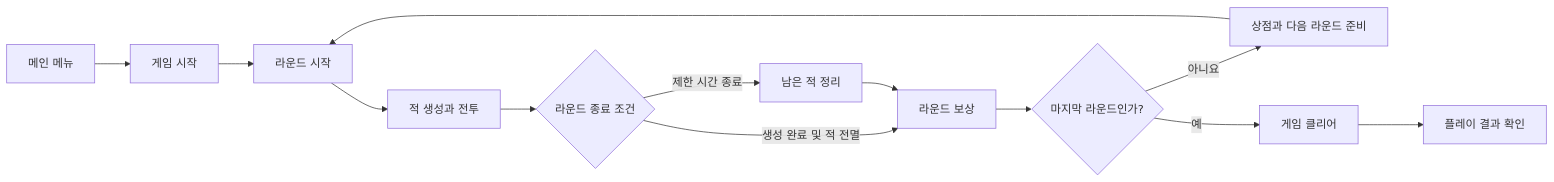
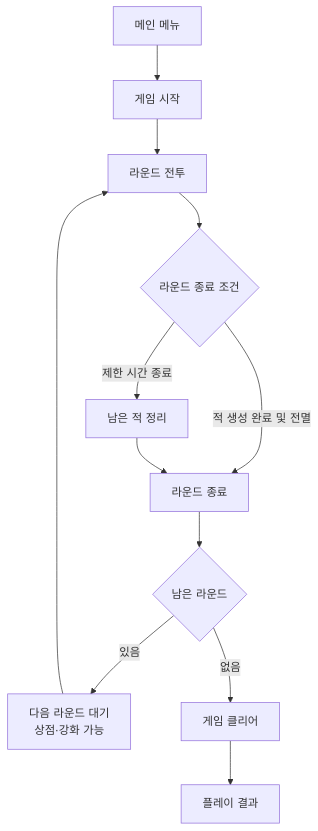
The first of 2 diagrams in README.md (Devel-Rocket-ClassRoom/minigame-project-jeri2779), drawn with Mermaid before and after one commit. The commit also changed other lines of this file and 9 other files, not shown here.

````diff
--- a/README.md
+++ b/README.md
@@ -38,15 +33,17 @@
 ```mermaid
-flowchart LR
+flowchart TD
     A[메인 메뉴] --> B[게임 시작]
-    B --> C[라운드 시작]
-    C --> D[적 생성과 전투]
-    D --> E{라운드 종료 조건}
-    E -->|제한 시간 종료| F[남은 적 정리]
-    E -->|생성 완료 및 적 전멸| G[라운드 보상]
-    F --> G
-    G --> H{마지막 라운드인가?}
-    H -->|아니요| I[상점과 다음 라운드 준비]
-    I --> C
-    H -->|예| J[게임 클리어]
-    J --> K[플레이 결과 확인]
+    B --> C[라운드 전투]
+    C --> D{라운드 종료 조건}
+
+    D -->|제한 시간 종료| E[남은 적 정리]
+    D -->|적 생성 완료 및 전멸| F[라운드 종료]
+    E --> F
+
+    F --> G{남은 라운드}
+    G -->|있음| H[다음 라운드 대기<br/>상점·강화 가능]
+    H --> C
+
+    G -->|없음| I[게임 클리어]
+    I --> J[플레이 결과]
 ```
````
